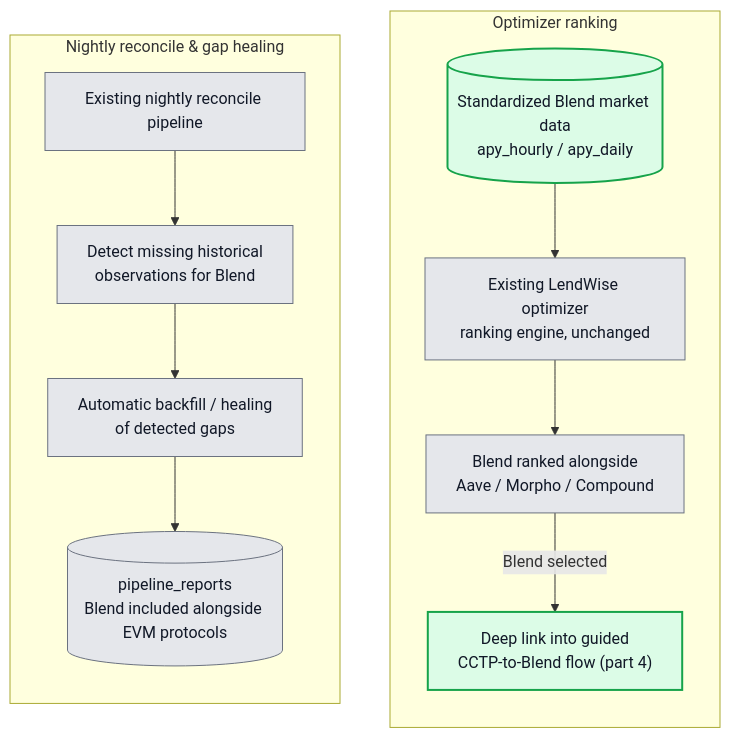
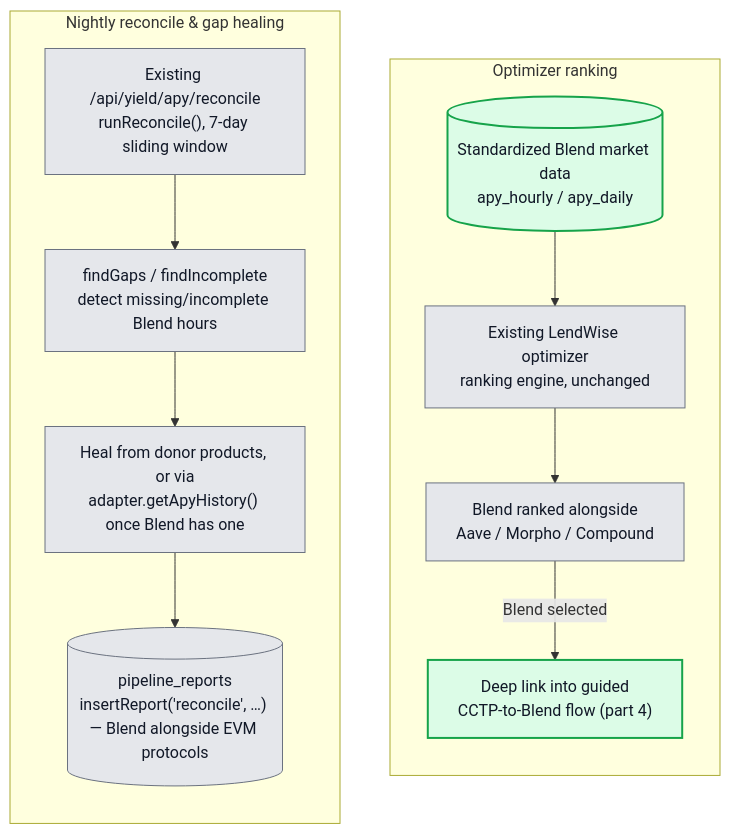
One commit to cedricmagne/lendwise changed the fifth of 6 diagrams in docs/architecture-stellar-integration.md. Above: the diagram before and after it, drawn with Mermaid. The commit also changed other lines of this file and 1 other file, not shown here.

Commit message:
chore: update architecture stellar & bland diagram

````diff
--- a/docs/architecture-stellar-integration.md
+++ b/docs/architecture-stellar-integration.md
@@ -265,22 +295,22 @@
 ```mermaid
 flowchart TD
     subgraph Rank["Optimizer ranking"]
         direction TB
         BlendData[("Standardized Blend market data<br/>apy_hourly / apy_daily")] --> Optimizer["Existing LendWise optimizer<br/>ranking engine, unchanged"]
         Optimizer --> Ranked["Blend ranked alongside<br/>Aave / Morpho / Compound"]
         Ranked -->|"Blend selected"| GuidedFlow["Deep link into guided<br/>CCTP-to-Blend flow (part 4)"]
     end
 
     subgraph Monitor["Nightly reconcile & gap healing"]
         direction TB
-        NightlyCron["Existing nightly reconcile pipeline"] --> GapDetect["Detect missing historical<br/>observations for Blend"]
-        GapDetect --> Heal["Automatic backfill / healing<br/>of detected gaps"]
-        Heal --> Reports[("pipeline_reports<br/>Blend included alongside EVM protocols")]
+        NightlyCron["Existing /api/yield/apy/reconcile<br/>runReconcile(), 7-day sliding window"] --> GapDetect["findGaps / findIncomplete<br/>detect missing/incomplete Blend hours"]
+        GapDetect --> Heal["Heal from donor products, or via<br/>adapter.getApyHistory() once Blend has one"]
+        Heal --> Reports[("pipeline_reports<br/>insertReport('reconcile', …) — Blend alongside EVM protocols")]
     end
 
     classDef core fill:#e5e7eb,stroke:#6b7280,color:#111827;
     classDef stellar fill:#dcfce7,stroke:#16a34a,color:#111827,stroke-width:2px;
 
     class Optimizer,Ranked,NightlyCron,GapDetect,Heal,Reports core;
     class BlendData,GuidedFlow stellar;
 ```
````
